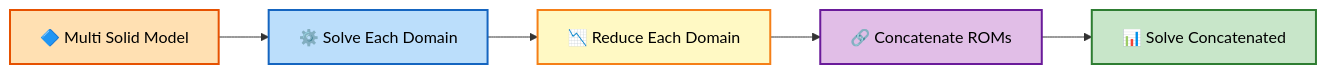
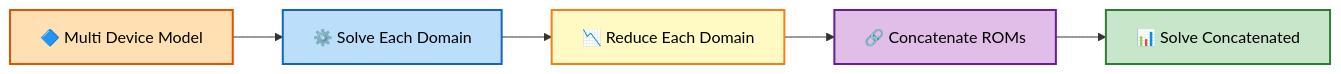
The fourth of 6 diagrams in docs/architecture.md (Dark-Elektron/cavsim3d), drawn with Mermaid before and after one commit. The commit also changed other lines of this file and 11 other files, not shown here.

````diff
--- a/docs/architecture.md
+++ b/docs/architecture.md
@@ -43,9 +43,9 @@
 ```mermaid
 graph LR
-    A4["🔷 Multi Solid Model"]:::input --> B4["⚙️ Solve Each Domain"]:::process --> C4["📉 Reduce Each Domain"]:::reduce --> D4["🔗 Concatenate ROMs"]:::concat --> E4["📊 Solve Concatenated"]:::output
+    A4["🔷 Multi Device Model"]:::input --> B4["⚙️ Solve Each Domain"]:::process --> C4["📉 Reduce Each Domain"]:::reduce --> D4["🔗 Concatenate ROMs"]:::concat --> E4["📊 Solve Concatenated"]:::output
     classDef input fill:#ffe0b2,stroke:#e65100,stroke-width:2px,color:#000
     classDef process fill:#bbdefb,stroke:#1565c0,stroke-width:2px,color:#000
     classDef reduce fill:#fff9c4,stroke:#f57f17,stroke-width:2px,color:#000
     classDef concat fill:#e1bee7,stroke:#6a1b9a,stroke-width:2px,color:#000
     classDef output fill:#c8e6c9,stroke:#2e7d32,stroke-width:2px,color:#000
 ```
````
